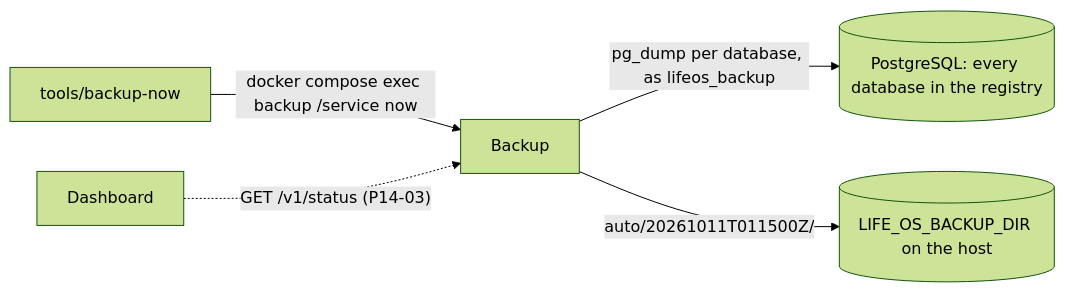
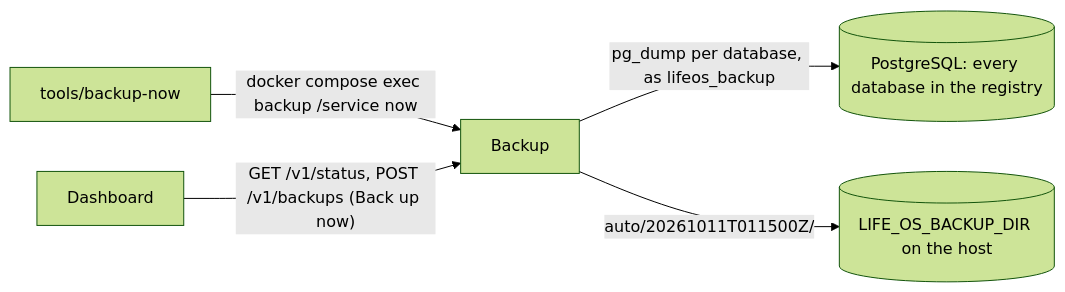
One commit to GAMch1k/life-os changed the diagram in docs/services/backup.md. Above: the diagram before and after it, drawn with Mermaid (forest theme). The commit also changed other lines of this file and 5 other files, not shown here.

First line of the commit message:
P14-03 document backups on the Status page

````diff
--- a/docs/services/backup.md
+++ b/docs/services/backup.md
@@ -5,7 +5,7 @@
 ```mermaid
 flowchart LR
   Backup -- "pg_dump per database, as lifeos_backup" --> Postgres[(PostgreSQL: every database in the registry)]
   Backup -- "auto/20261011T011500Z/" --> Dir[("LIFE_OS_BACKUP_DIR on the host")]
   Tool["tools/backup-now"] -- "docker compose exec backup /service now" --> Backup
-  Dashboard -. "GET /v1/status (P14-03)" .-> Backup
+  Dashboard -- "GET /v1/status, POST /v1/backups (Back up now)" --> Backup
 ```
````
